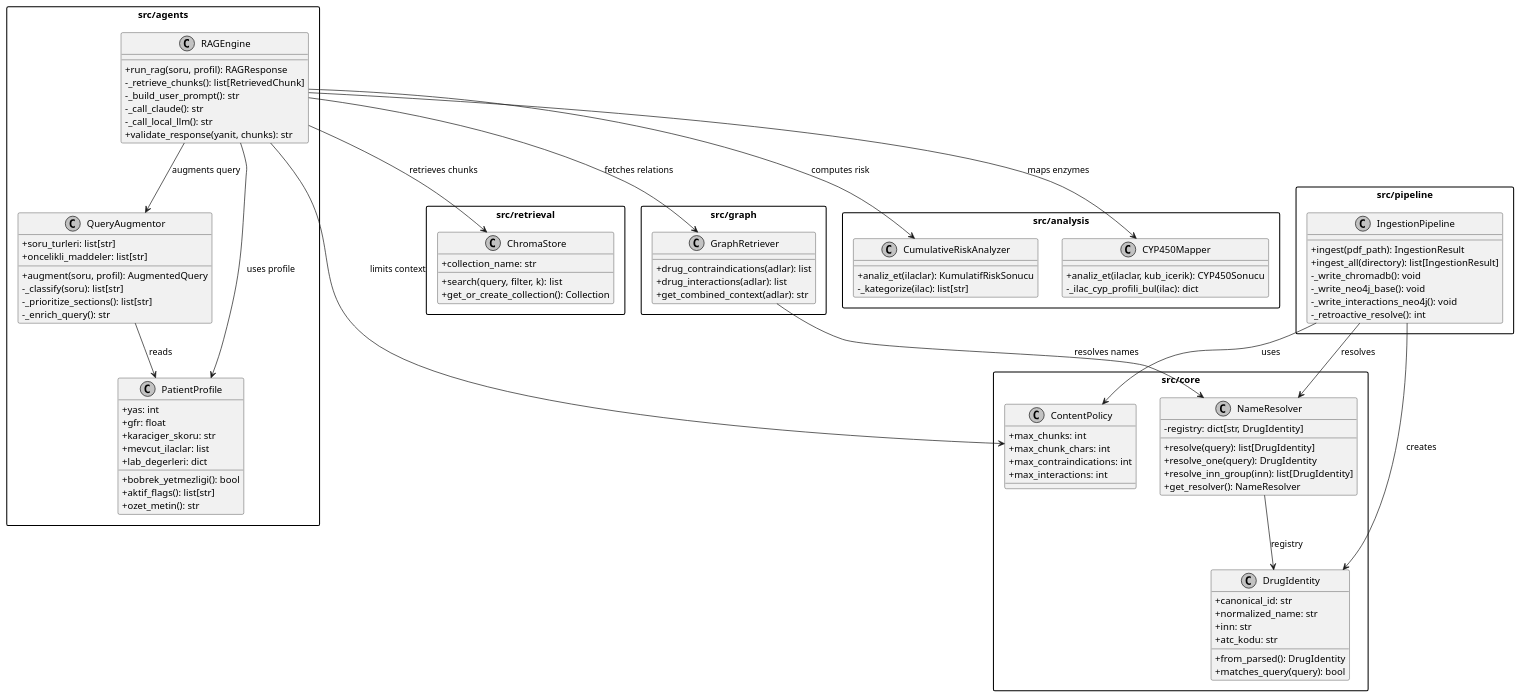
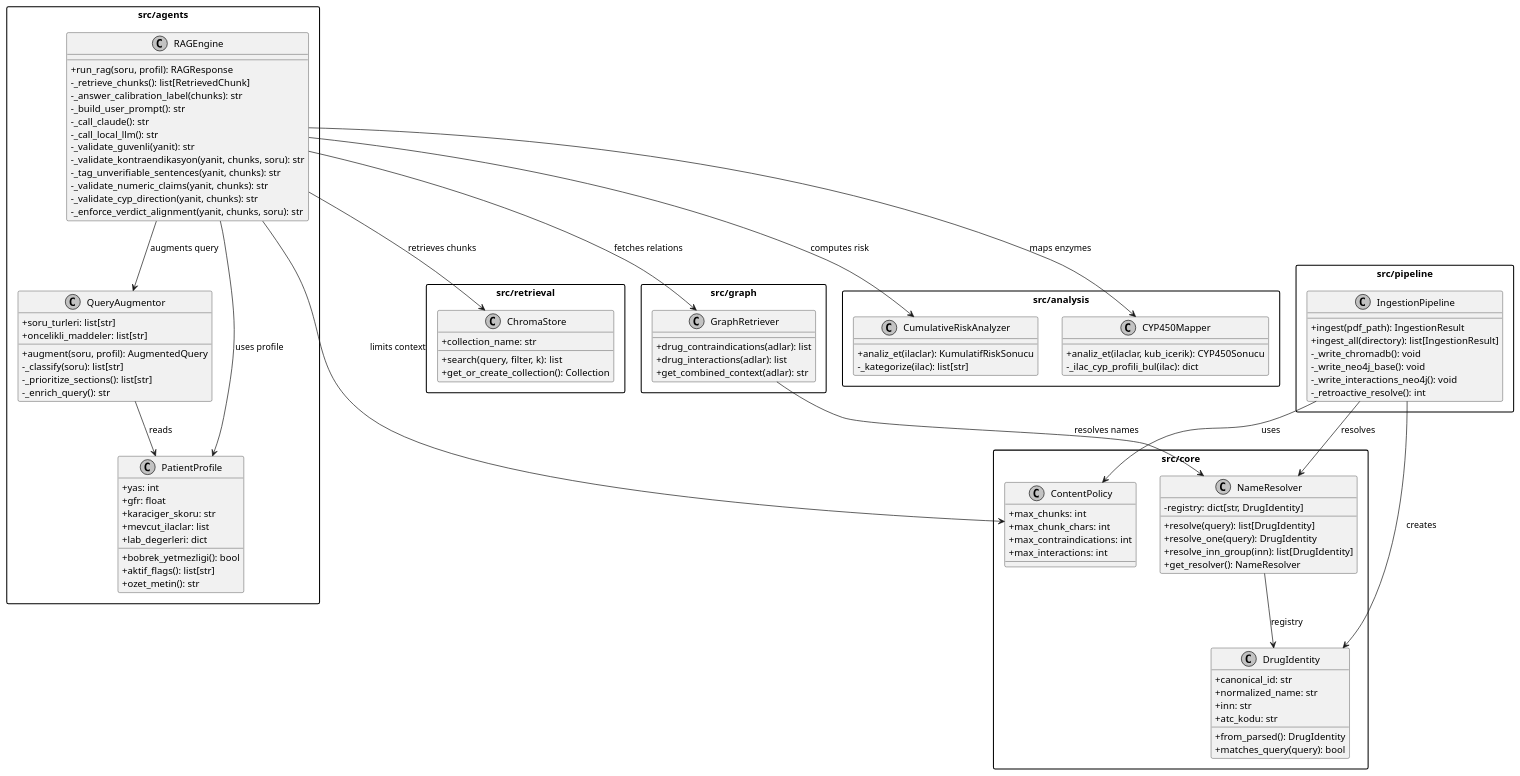
Before and after one commit to batinkesc/pharmassist: the diagram in data/diagrams/class/class.puml, drawn with PlantUML. The commit also changed 116 other files, not shown here.

```diff
--- a/data/diagrams/class/class.puml
+++ b/data/diagrams/class/class.puml
@@ -1,120 +1,127 @@
 @startuml PharmAssist_Class
 skinparam monochrome true
 skinparam shadowing false
 skinparam classAttributeIconSize 0
 skinparam packageStyle rectangle
 
 package "src/core" {
   class DrugIdentity {
     +canonical_id: str
     +normalized_name: str
     +inn: str
     +atc_kodu: str
     +from_parsed(): DrugIdentity
     +matches_query(query): bool
   }
 
   class NameResolver {
     -registry: dict[str, DrugIdentity]
     +resolve(query): list[DrugIdentity]
     +resolve_one(query): DrugIdentity
     +resolve_inn_group(inn): list[DrugIdentity]
     +get_resolver(): NameResolver
   }
 
   class ContentPolicy {
     +max_chunks: int
     +max_chunk_chars: int
     +max_contraindications: int
     +max_interactions: int
   }
 }
 
 package "src/agents" {
   class PatientProfile {
     +yas: int
     +gfr: float
     +karaciger_skoru: str
     +mevcut_ilaclar: list
     +lab_degerleri: dict
     +bobrek_yetmezligi(): bool
     +aktif_flags(): list[str]
     +ozet_metin(): str
   }
 
   class QueryAugmentor {
     +soru_turleri: list[str]
     +oncelikli_maddeler: list[str]
     +augment(soru, profil): AugmentedQuery
     -_classify(soru): list[str]
     -_prioritize_sections(): list[str]
     -_enrich_query(): str
   }
 
   class RAGEngine {
     +run_rag(soru, profil): RAGResponse
     -_retrieve_chunks(): list[RetrievedChunk]
+    -_answer_calibration_label(chunks): str
     -_build_user_prompt(): str
     -_call_claude(): str
     -_call_local_llm(): str
-    +validate_response(yanit, chunks): str
+    ' --- VALIDATE Pipeline (6 adım) ---
+    -_validate_guvenli(yanit): str
+    -_validate_kontraendikasyon(yanit, chunks, soru): str
+    -_tag_unverifiable_sentences(yanit, chunks): str
+    -_validate_numeric_claims(yanit, chunks): str
+    -_validate_cyp_direction(yanit, chunks): str
+    -_enforce_verdict_alignment(yanit, chunks, soru): str
   }
 }
 
 package "src/retrieval" {
   class ChromaStore {
     +collection_name: str
     +search(query, filter, k): list
     +get_or_create_collection(): Collection
   }
 }
 
 package "src/graph" {
   class GraphRetriever {
     +drug_contraindications(adlar): list
     +drug_interactions(adlar): list
     +get_combined_context(adlar): str
   }
 }
 
 package "src/analysis" {
   class CumulativeRiskAnalyzer {
     +analiz_et(ilaclar): KumulatifRiskSonucu
     -_kategorize(ilac): list[str]
   }
 
   class CYP450Mapper {
     +analiz_et(ilaclar, kub_icerik): CYP450Sonucu
     -_ilac_cyp_profili_bul(ilac): dict
   }
 }
 
 package "src/pipeline" {
   class IngestionPipeline {
     +ingest(pdf_path): IngestionResult
     +ingest_all(directory): list[IngestionResult]
     -_write_chromadb(): void
     -_write_neo4j_base(): void
     -_write_interactions_neo4j(): void
     -_retroactive_resolve(): int
   }
 }
 
 ' İlişkiler
 NameResolver --> DrugIdentity : registry
 IngestionPipeline --> DrugIdentity : creates
 IngestionPipeline --> ContentPolicy : uses
 IngestionPipeline --> NameResolver : resolves
 
 RAGEngine --> QueryAugmentor : augments query
 RAGEngine --> ChromaStore : retrieves chunks
 RAGEngine --> GraphRetriever : fetches relations
 RAGEngine --> CumulativeRiskAnalyzer : computes risk
 RAGEngine --> CYP450Mapper : maps enzymes
 RAGEngine --> ContentPolicy : limits context
 RAGEngine --> PatientProfile : uses profile
 
 QueryAugmentor --> PatientProfile : reads
 GraphRetriever --> NameResolver : resolves names
 
 @enduml
```
